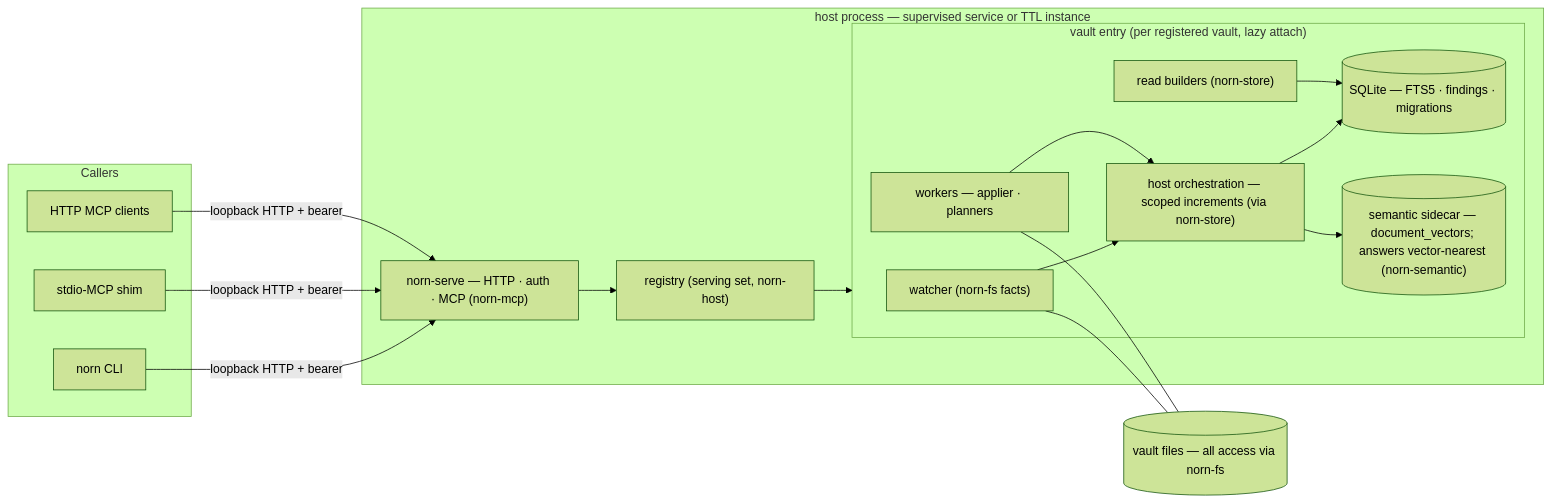
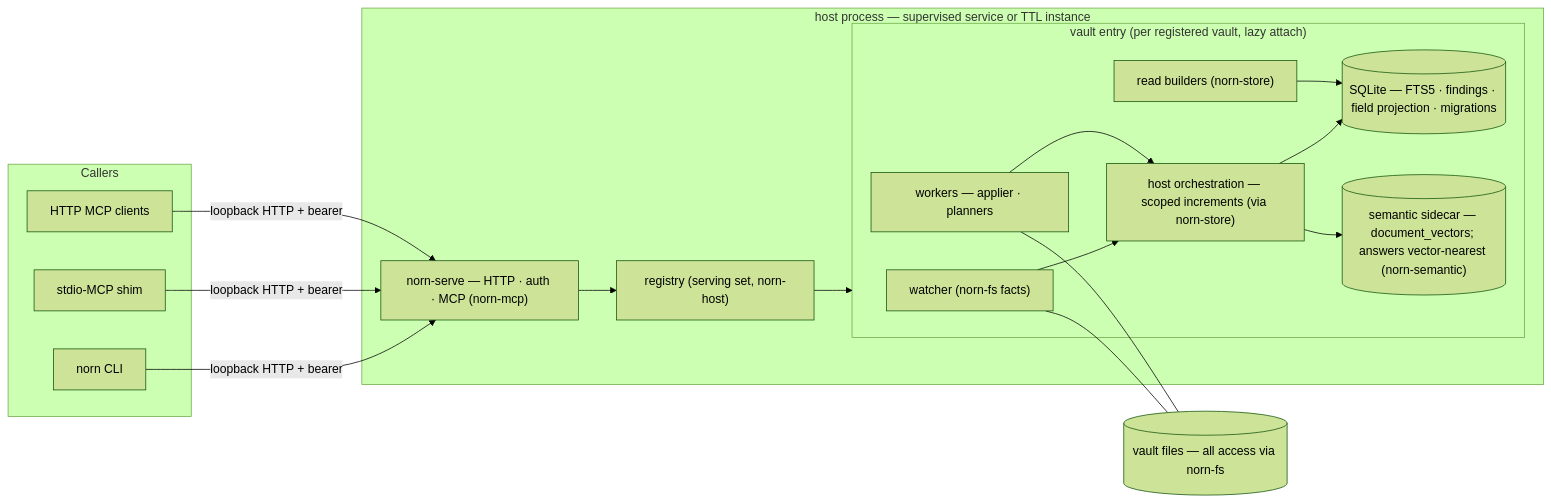
Before and after one commit to dbtlr/norn-next: the second of 3 diagrams in docs/architecture.md, drawn with Mermaid (forest theme). The commit also changed other lines of this file and 53 other files, not shown here.

````diff
--- a/docs/architecture.md
+++ b/docs/architecture.md
@@ -1269,24 +1315,24 @@
 ```mermaid
 graph LR
   subgraph callers["Callers"]
     cli["norn CLI"]
     shim["stdio-MCP shim"]
     agents["HTTP MCP clients"]
   end
   cli -- "loopback HTTP + bearer" --> api
   shim -- "loopback HTTP + bearer" --> api
   agents -- "loopback HTTP + bearer" --> api
   subgraph hostp["host process — supervised service or TTL instance"]
     api["norn-serve — HTTP · auth · MCP (norn-mcp)"] --> reg["registry (serving set, norn-host)"]
     reg --> v1
     subgraph v1["vault entry (per registered vault, lazy attach)"]
       watcher["watcher (norn-fs facts)"] --> orch["host orchestration — scoped increments (via norn-store)"]
       workers["workers — applier · planners"] --> orch
-      orch --> db[("SQLite — FTS5 · findings · migrations")]
+      orch --> db[("SQLite — FTS5 · findings · field projection · migrations")]
       orch --> sidecar[("semantic sidecar — document_vectors; answers vector-nearest (norn-semantic)")]
       reads["read builders (norn-store)"] --> db
     end
   end
   watcher --- files[("vault files — all access via norn-fs")]
   workers --- files
 ```
````
